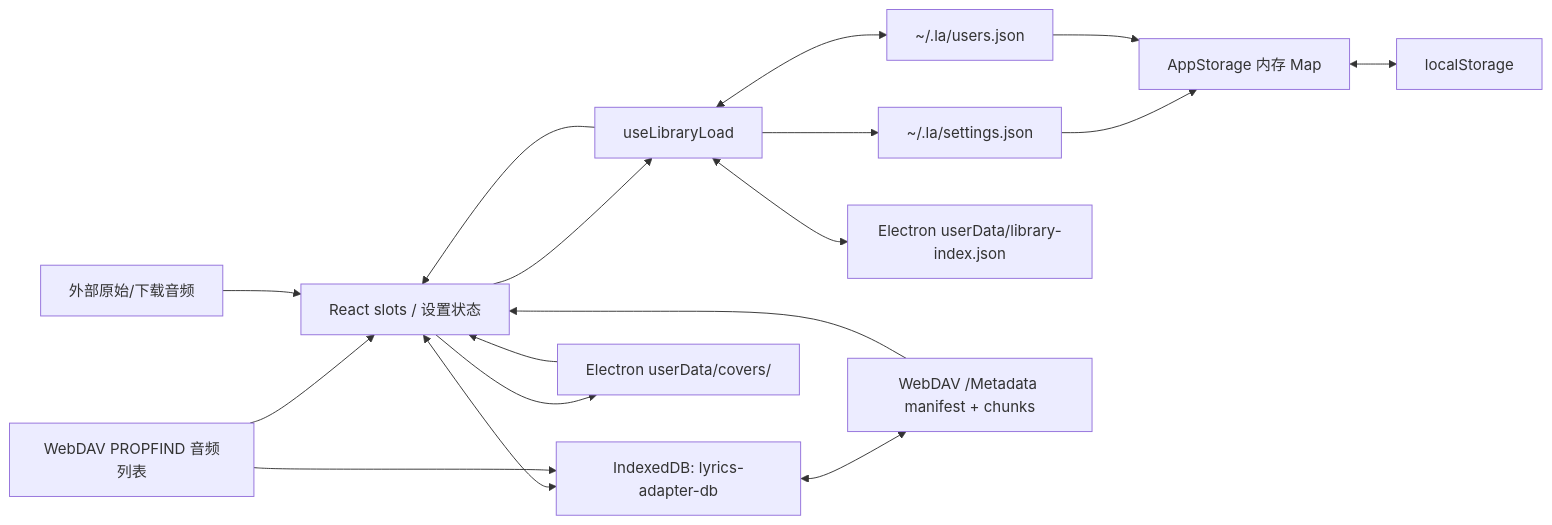
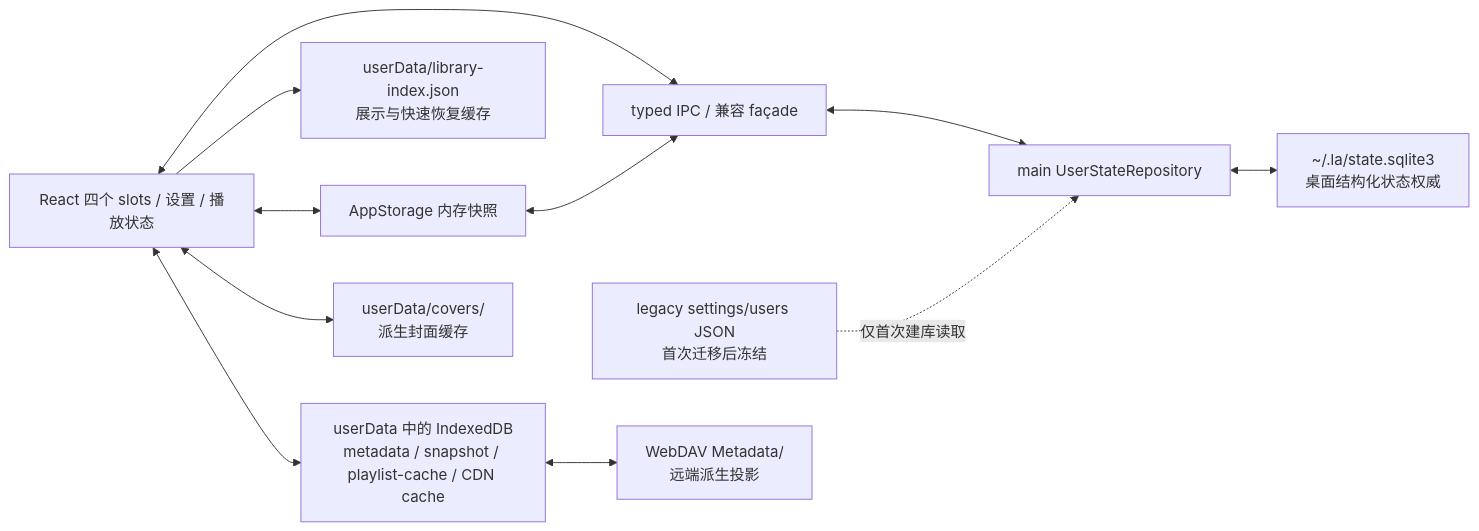
The diagram in docs/architecture/persistence-current-state.md (xwsjjctz/LyricsAdapter), drawn with Mermaid before and after one commit. The commit also changed other lines of this file and 36 other files, not shown here.

````diff
--- a/docs/architecture/persistence-current-state.md
+++ b/docs/architecture/persistence-current-state.md
@@ -26,32 +28,24 @@
 ```mermaid
 flowchart LR
-  UI["React slots / 设置状态"]
-  LOAD["useLibraryLoad"]
-  LS["localStorage"]
-  APP["AppStorage 内存 Map"]
-  SETTINGS["~/.la/settings.json"]
-  USERS["~/.la/users.json"]
-  INDEX["Electron userData/library-index.json"]
-  IDB["IndexedDB: lyrics-adapter-db"]
-  COVERS["Electron userData/covers/"]
-  AUDIO["外部原始/下载音频"]
-  DAVLIST["WebDAV PROPFIND 音频列表"]
-  DAVMETA["WebDAV /Metadata manifest + chunks"]
+  UI["React 四个 slots / 设置 / 播放状态"]
+  APP["AppStorage 内存快照"]
+  IPC["typed IPC / 兼容 façade"]
+  REPO["main UserStateRepository"]
+  SQLITE["~/.la/state.sqlite3\n桌面结构化状态权威"]
+  INDEX["userData/library-index.json\n展示与快速恢复缓存"]
+  IDB["userData 中的 IndexedDB\nmetadata / snapshot / playlist-cache / CDN cache"]
+  COVERS["userData/covers/\n派生封面缓存"]
+  LEGACY["legacy settings/users JSON\n首次迁移后冻结"]
+  DAV["WebDAV Metadata/\n远端派生投影"]
 
-  LOAD --> UI
-  UI --> LOAD
-  LOAD <--> INDEX
-  LOAD <--> USERS
-  LOAD --> SETTINGS
-  SETTINGS --> APP
-  USERS --> APP
-  APP <--> LS
+  UI <--> APP
+  UI <--> IPC
+  APP <--> IPC
+  IPC <--> REPO
+  REPO <--> SQLITE
+  UI --> INDEX
   UI <--> IDB
-  IDB <--> DAVMETA
-  DAVLIST --> UI
-  DAVLIST --> IDB
-  DAVMETA --> UI
-  UI --> COVERS
-  AUDIO --> UI
-  COVERS --> UI
+  UI <--> COVERS
+  LEGACY -. "仅首次建库读取" .-> REPO
+  IDB <--> DAV
 ```
````
